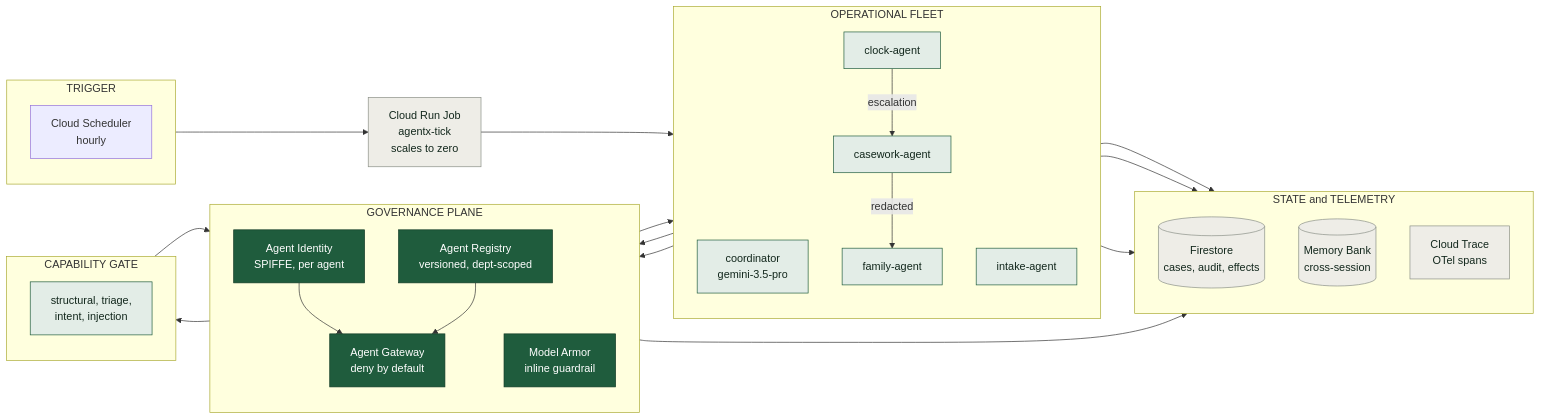
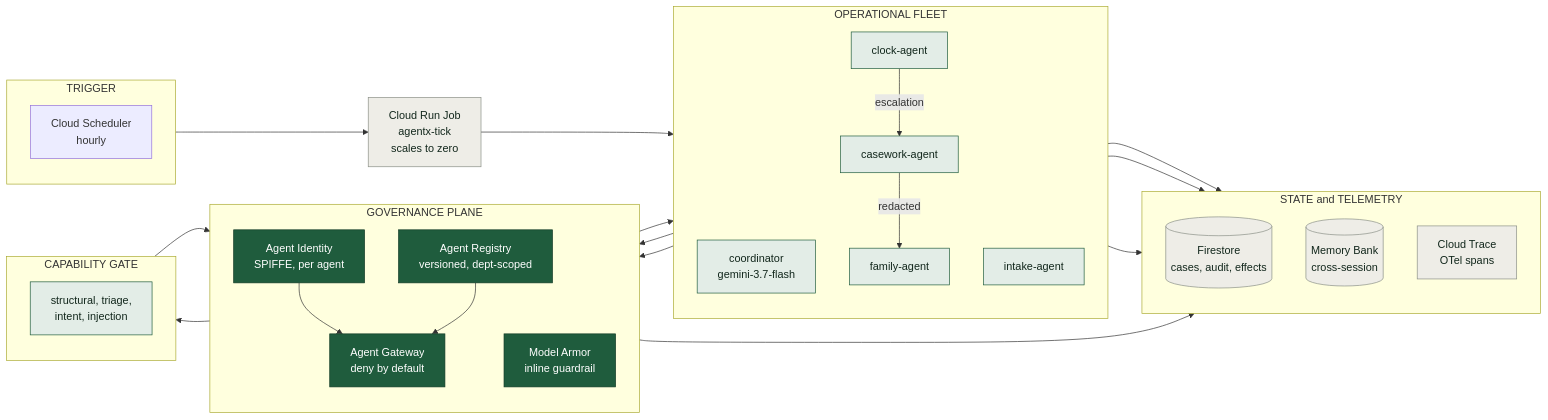
The diagram in docs/diagrams/01-system-overview.mmd (Aditya-galaxy/Hopscotch), drawn with Mermaid before and after one commit. The commit also changed 12 other files, not shown here.

```diff
--- a/docs/diagrams/01-system-overview.mmd
+++ b/docs/diagrams/01-system-overview.mmd
@@ -1,59 +1,59 @@
 flowchart LR
     subgraph TRIG["TRIGGER"]
         direction TB
         SCH["Cloud Scheduler<br/>hourly"]
     end
 
     JOB["Cloud Run Job<br/>agentx-tick<br/>scales to zero"]
 
     subgraph GOV["GOVERNANCE PLANE"]
         direction TB
         GW["Agent Gateway<br/>deny by default"]
         ID["Agent Identity<br/>SPIFFE, per agent"]
         REG["Agent Registry<br/>versioned, dept-scoped"]
         MA["Model Armor<br/>inline guardrail"]
     end
 
     subgraph FLEET["OPERATIONAL FLEET"]
         direction TB
-        CO["coordinator<br/>gemini-3.5-pro"]
+        CO["coordinator<br/>gemini-3.7-flash"]
         IN["intake-agent"]
         CL["clock-agent"]
         CW["casework-agent"]
         FA["family-agent"]
     end
 
     subgraph GATE["CAPABILITY GATE"]
         direction TB
         RV["structural, triage,<br/>intent, injection"]
     end
 
     subgraph STATE["STATE and TELEMETRY"]
         direction TB
         FS[("Firestore<br/>cases, audit, effects")]
         MB[("Memory Bank<br/>cross-session")]
         CT["Cloud Trace<br/>OTel spans"]
     end
 
     SCH --> JOB
     JOB --> CO
     CO --> GW
     ID --> GW
     REG --> GW
     GW --> FLEET
     CL -->|escalation| CW
     CW -->|redacted| FA
     IN --> MA
     MA --> RV
     RV --> REG
     FLEET --> FS
     FA --> MB
     CO --> CT
     GW --> FS
 
     classDef gov fill:#1F5C3D,stroke:#123a26,color:#ffffff
     classDef fleet fill:#E3EDE7,stroke:#1F5C3D,color:#12271c
     classDef store fill:#EEEDE7,stroke:#8a8f86,color:#12271c
     class GW,ID,REG,MA gov
     class CO,IN,CL,CW,FA,RV fleet
     class FS,MB,CT,JOB store
```
